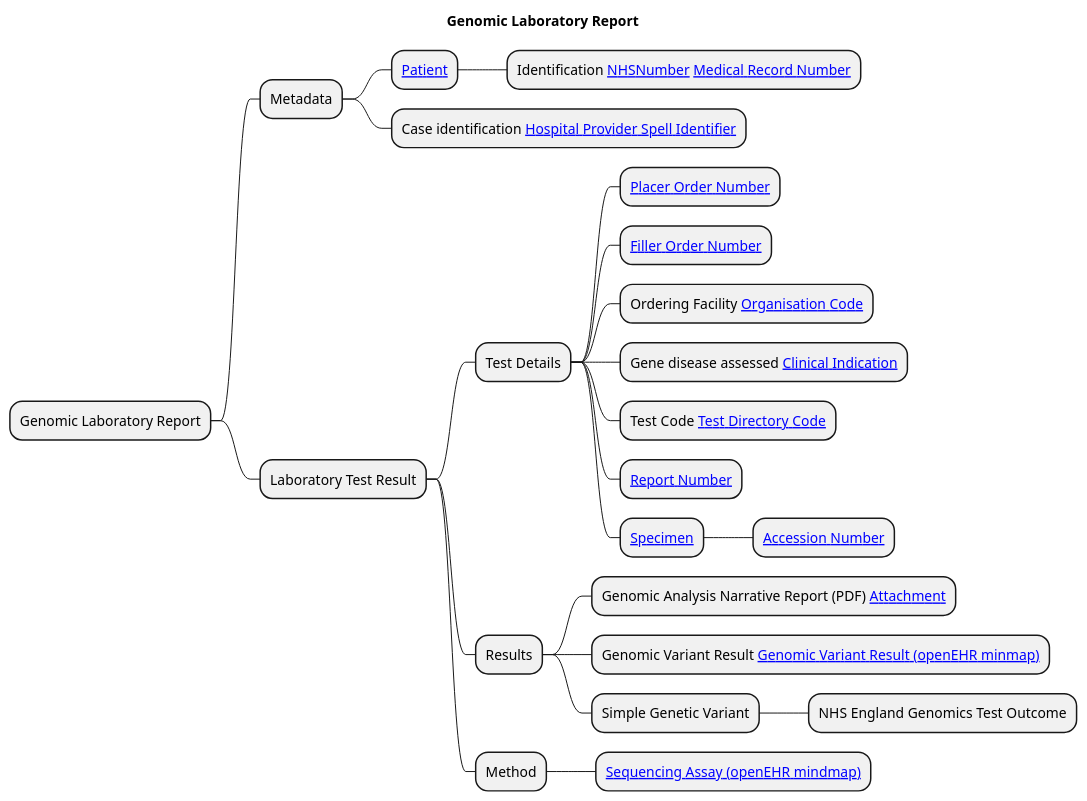
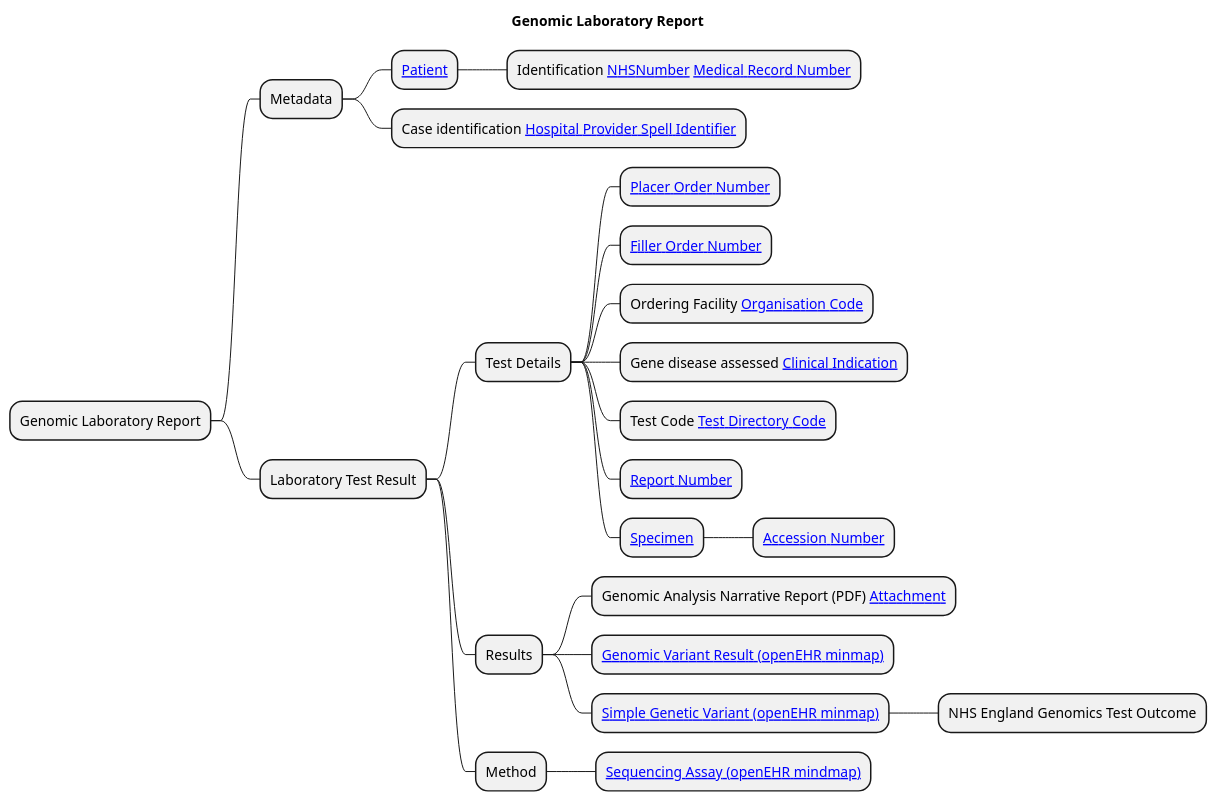
One commit to uk-gov-mirror/nw-gmsa.nw-gmsa.github.com changed the diagram in input/images-source/LaboratoryReport-mindmap.plantuml. Above: the diagram before and after it, drawn with PlantUML.

Commit message:
hyperlinks in mermaid diagram

```diff
--- a/input/images-source/LaboratoryReport-mindmap.plantuml
+++ b/input/images-source/LaboratoryReport-mindmap.plantuml
@@ -1,28 +1,28 @@
 @startmindmap
 
 title "Genomic Laboratory Report"
 
 * Genomic Laboratory Report
 ** Metadata
 *** [[StructureDefinition-Patient.html Patient]]
 **** Identification [[StructureDefinition-NHSNumber.html NHSNumber]] [[StructureDefinition-MedicalRecordNumber.html Medical Record Number]]
 *** Case identification [[StructureDefinition-HospitalProviderSpellIdentifier.html Hospital Provider Spell Identifier]]
 ** Laboratory Test Result
 *** Test Details
 **** [[StructureDefinition-PlacerOrderNumber.html Placer Order Number]]
 **** [[StructureDefinition-FillerOrderNumber.html Filler Order Number]]
 **** Ordering Facility [[StructureDefinition-OrganisationCode.html Organisation Code]]
 **** Gene disease assessed [[CodeSystem-GenomicClinicalIndication.html Clinical Indication]]
 **** Test Code [[CodeSystem-GenomicTestCode.html Test Directory Code]]
 **** [[StructureDefinition-ReportNumber.html Report Number]]
 **** [[StructureDefinition-Specimen.html Specimen]]
 ***** [[StructureDefinition-AccessionNumber.html Accession Number]]
 *** Results
 **** Genomic Analysis Narrative Report (PDF) [[StructureDefinition-NWAttachment.html Attachment]]
-**** Genomic Variant Result [[https://ckm.openehr.org/ckm/archetypes/1013.1.3759/mindmap Genomic Variant Result (openEHR minmap)]]
-**** Simple Genetic Variant
+**** [[https://ckm.openehr.org/ckm/archetypes/1013.1.3759/mindmap Genomic Variant Result (openEHR minmap)]]
+**** [[https://ckm.openehr.org/ckm/archetypes/1013.1.4858/mindmap Simple Genetic Variant (openEHR minmap)]]
 ***** NHS England Genomics Test Outcome
 *** Method
 **** [[https://ckm.openehr.org/ckm/archetypes/1013.1.4256/mindmap Sequencing Assay (openEHR mindmap)]]
 
 @endmindmap
```
